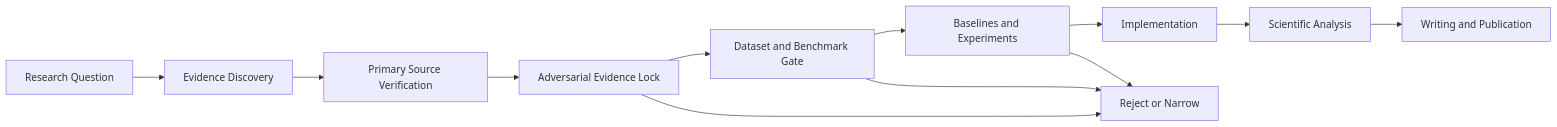
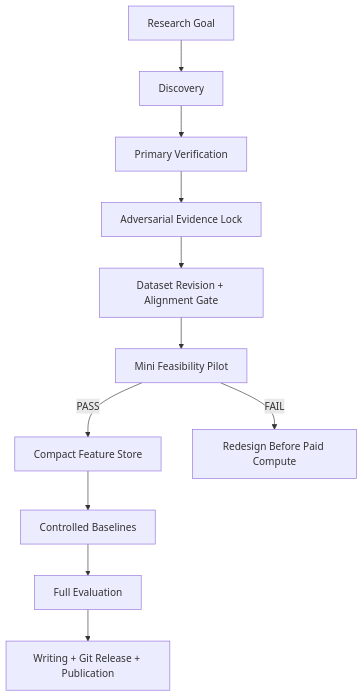
One commit to Disa44ay/Reusable_Research_OS changed the diagram in 10_change_log/README_BEFORE_RELEASE_RECONSTRUCTION.md. Above: the diagram before and after it, drawn with Mermaid. The commit also changed other lines of this file and 16 other files, not shown here.

Commit message:
feat: add Release 04 execution ready proposal and feasibility

````diff
--- a/10_change_log/README_BEFORE_RELEASE_RECONSTRUCTION.md
+++ b/10_change_log/README_BEFORE_RELEASE_RECONSTRUCTION.md
@@ -39,14 +42,13 @@
 ```mermaid
-flowchart LR
-    A[Research Question] --> B[Evidence Discovery]
-    B --> C[Primary Source Verification]
+flowchart TD
+    A[Research Goal] --> B[Discovery]
+    B --> C[Primary Verification]
     C --> D[Adversarial Evidence Lock]
-    D --> E[Dataset and Benchmark Gate]
-    E --> F[Baselines and Experiments]
-    F --> G[Implementation]
-    G --> H[Scientific Analysis]
-    H --> I[Writing and Publication]
-    D --> J[Reject or Narrow]
-    E --> J
-    F --> J
+    D --> E[Dataset Revision + Alignment Gate]
+    E --> F[Mini Feasibility Pilot]
+    F -->|PASS| G[Compact Feature Store]
+    F -->|FAIL| H[Redesign Before Paid Compute]
+    G --> I[Controlled Baselines]
+    I --> J[Full Evaluation]
+    J --> K[Writing + Git Release + Publication]
 ```
````
